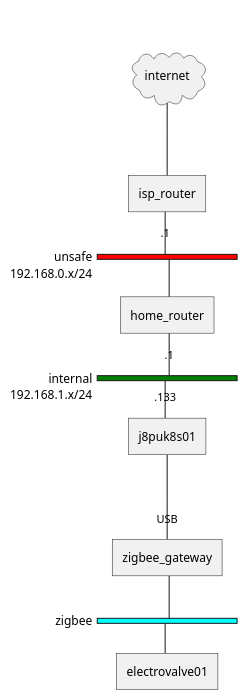
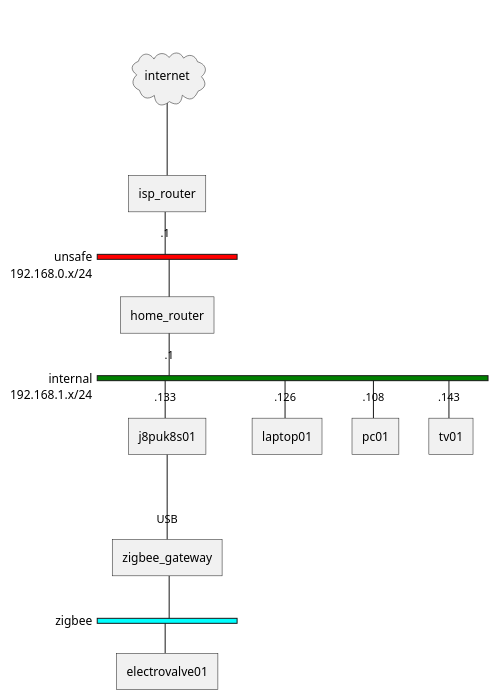
One commit to mjedwabn/j8-smarthome changed the diagram in docs/network.puml. Above: the diagram before and after it, drawn with PlantUML.

Commit message:
docs: home network devices

```diff
--- a/docs/network.puml
+++ b/docs/network.puml
@@ -1,33 +1,38 @@
 @startuml
 
 nwdiag {
 	internet [ shape = cloud ]
 	internet -- isp_router
 
 	network unsafe {
 		address = "192.168.0.x/24"
 		color = red
 
 		isp_router [address = ".1"]
 		home_router
 	}
 
 	network internal {
 		address = "192.168.1.x/24"
 		color = green
 
 		home_router [address = ".1"]
 		j8puk8s01 [address = ".133"]
+
+		laptop01 [address = ".126"]
+		pc01 [address = ".108"]
+
+		tv01 [address = ".143"]
 	}
 
 	j8puk8s01 -- zigbee_gateway
 	zigbee_gateway [address = "USB"]
 
 	network zigbee {
 		color = aqua
 		electrovalve01
 		zigbee_gateway
 	}
 }
 
 @enduml
```
